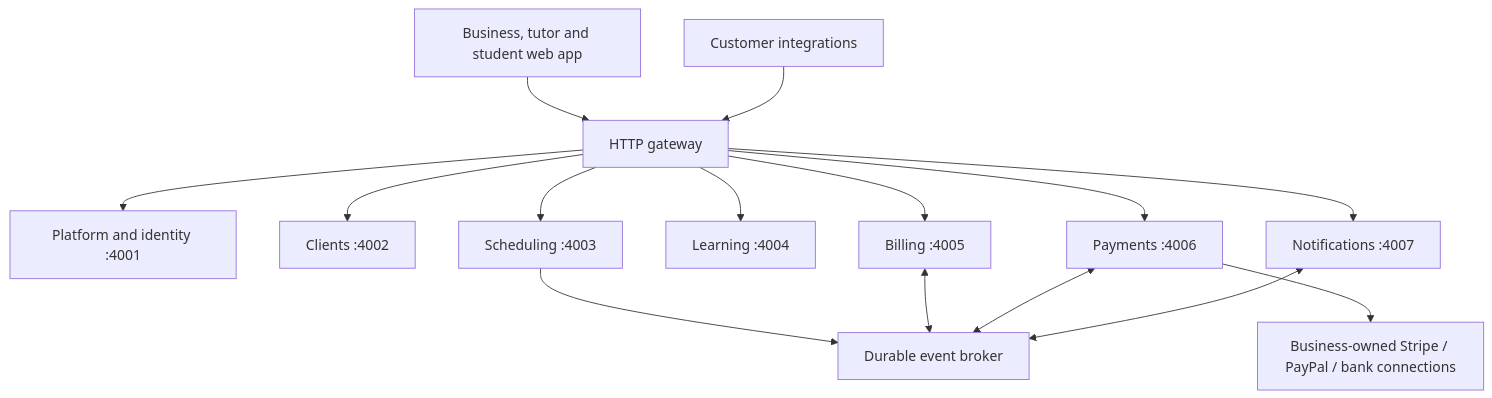
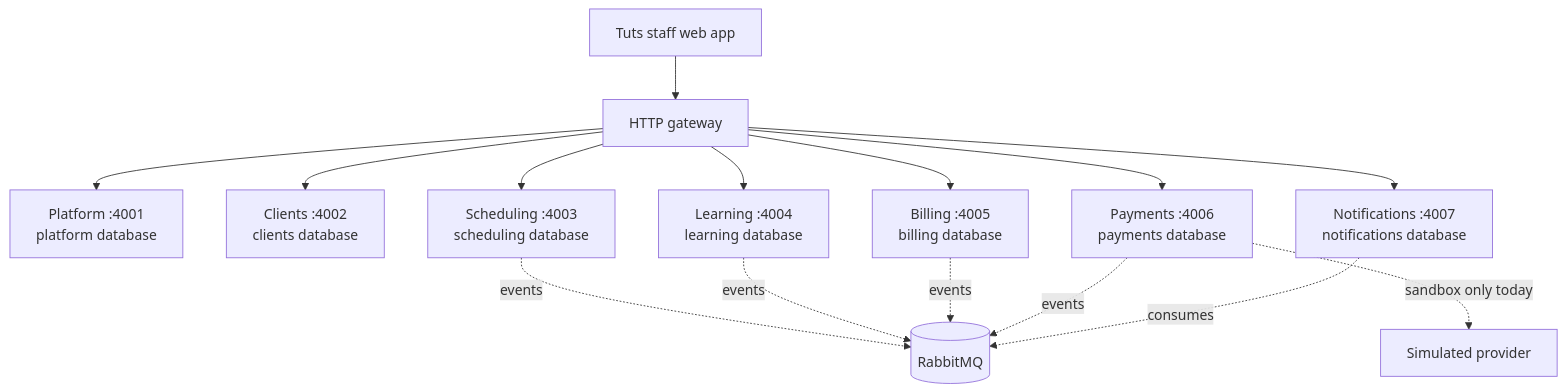
Before and after one commit to palladium-omar/tuts: the diagram in README.md, drawn with Mermaid. The commit also changed other lines of this file and 107 other files, not shown here.

````diff
--- a/README.md
+++ b/README.md
@@ -11,17 +23,17 @@
 ```mermaid
 flowchart TB
-  Web[Business, tutor and student web app] --> Gateway[HTTP gateway]
-  External[Customer integrations] --> Gateway
-  Gateway --> Platform[Platform and identity :4001]
-  Gateway --> Clients[Clients :4002]
-  Gateway --> Scheduling[Scheduling :4003]
-  Gateway --> Learning[Learning :4004]
-  Gateway --> Billing[Billing :4005]
-  Gateway --> Payments[Payments :4006]
-  Gateway --> Notifications[Notifications :4007]
-  Scheduling --> Events[Durable event broker]
-  Billing <--> Events
-  Payments <--> Events
-  Notifications <--> Events
-  Payments --> Providers[Business-owned Stripe / PayPal / bank connections]
+  Web[Tuts staff web app] --> Gateway[HTTP gateway]
+  Gateway --> Platform[Platform :4001<br/>platform database]
+  Gateway --> Clients[Clients :4002<br/>clients database]
+  Gateway --> Scheduling[Scheduling :4003<br/>scheduling database]
+  Gateway --> Learning[Learning :4004<br/>learning database]
+  Gateway --> Billing[Billing :4005<br/>billing database]
+  Gateway --> Payments[Payments :4006<br/>payments database]
+  Gateway --> Notifications[Notifications :4007<br/>notifications database]
+  Scheduling -. events .-> Rabbit[(RabbitMQ)]
+  Learning -. events .-> Rabbit
+  Billing -. events .-> Rabbit
+  Payments -. events .-> Rabbit
+  Notifications -. consumes .-> Rabbit
+  Payments -. sandbox only today .-> Sandbox[Simulated provider]
 ```
````
